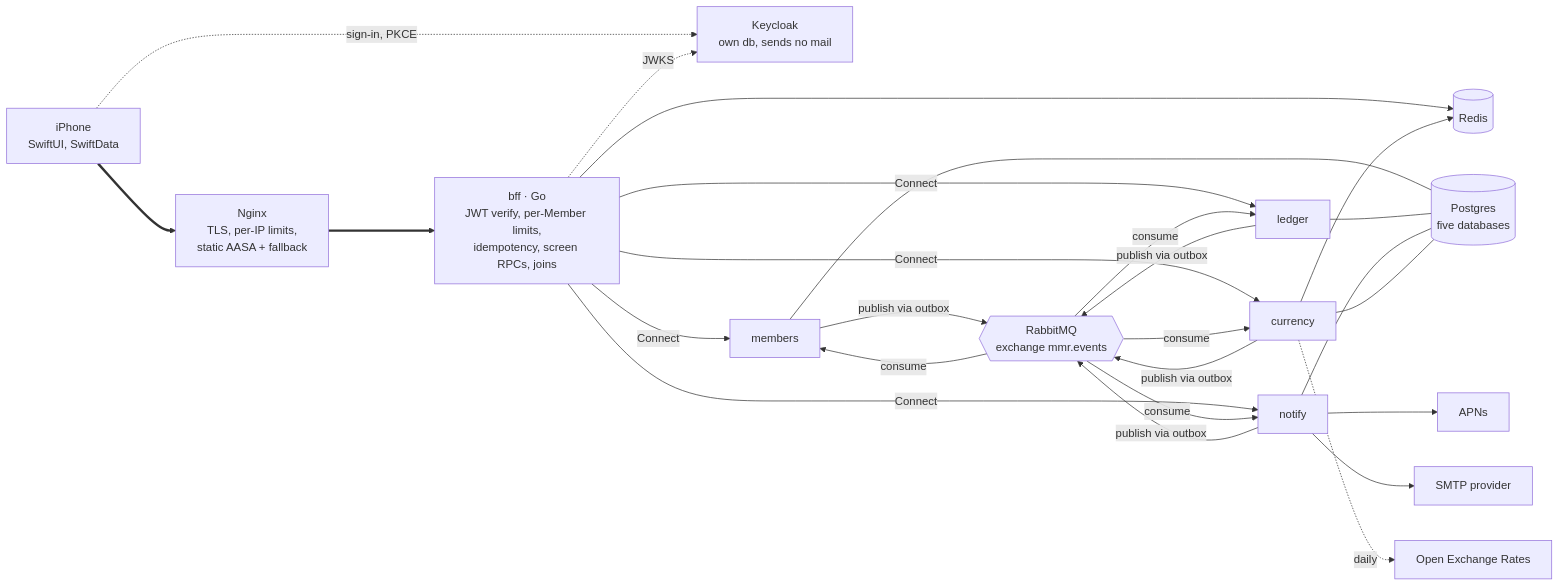
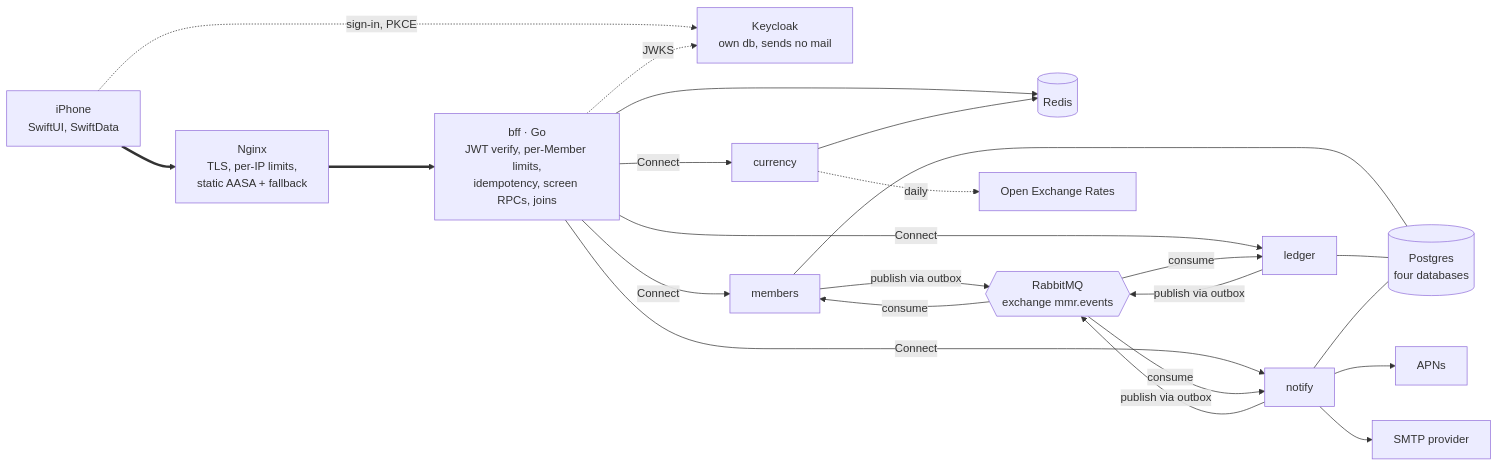
The first of 6 diagrams in docs/ARCHITECTURE.md (ravialdyh/my-money-recap-monorepo), drawn with Mermaid before and after one commit. The commit also changed other lines of this file and 28 other files, not shown here.

````diff
--- a/docs/ARCHITECTURE.md
+++ b/docs/ARCHITECTURE.md
@@ -31,30 +31,30 @@
 ```mermaid
 flowchart LR
     Phone[iPhone<br/>SwiftUI, SwiftData]
     KC[Keycloak<br/>own db, sends no mail]
     SMTP[SMTP provider]
     NG[Nginx<br/>TLS, per-IP limits,<br/>static AASA + fallback]
     BFF[bff · Go<br/>JWT verify, per-Member limits,<br/>idempotency, screen RPCs, joins]
     R[(Redis)]
     M[members]
     L[ledger]
     N[notify]
     C[currency]
     MQ{{RabbitMQ<br/>exchange mmr.events}}
-    PG[(Postgres<br/>five databases)]
+    PG[(Postgres<br/>four databases)]
     APNS[APNs]
     OER[Open Exchange Rates]
 
     Phone -. sign-in, PKCE .-> KC
     Phone ==> NG ==> BFF
     BFF -. JWKS .-> KC
     BFF --> R
     BFF -- Connect --> M & L & N & C
-    M & L & N & C --- PG
-    M & L & N & C -- publish via outbox --> MQ
-    MQ -- consume --> M & L & N & C
+    M & L & N --- PG
+    M & L & N -- publish via outbox --> MQ
+    MQ -- consume --> M & L & N
     C -. daily .-> OER
     C --> R
     N --> APNS
     N --> SMTP
 ```
````
